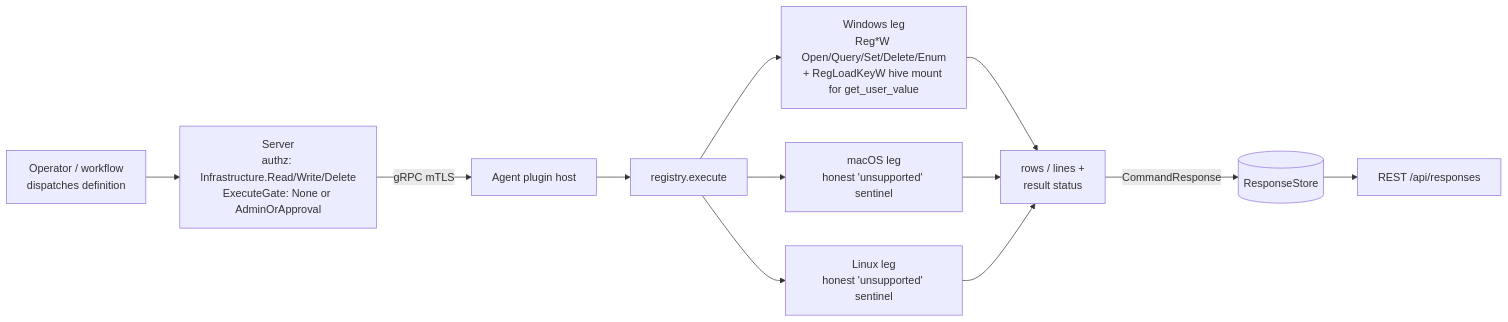
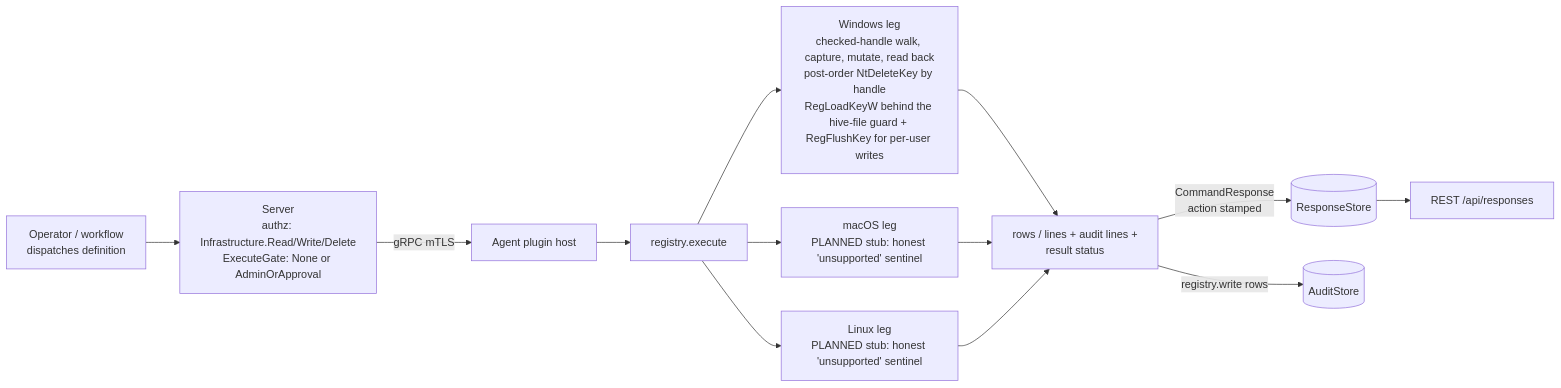
One commit to DevNullLtd/Yuzu changed the diagram in agents/plugins/registry/README.md. Above: the diagram before and after it, drawn with Mermaid. The commit also changed other lines of this file and 18 other files, not shown here.

First line of the commit message:
feat(registry): typed verified writes with a link-safe fast open

````diff
--- a/agents/plugins/registry/README.md
+++ b/agents/plugins/registry/README.md
@@ -23,12 +38,13 @@
 ```mermaid
 flowchart LR
   OP[Operator / workflow<br/>dispatches definition] --> SRV[Server<br/>authz: Infrastructure.Read/Write/Delete<br/>ExecuteGate: None or AdminOrApproval]
   SRV -- gRPC mTLS --> HOST[Agent plugin host]
   HOST --> EX[registry.execute]
-  EX --> WIN[Windows leg<br/>Reg*W Open/Query/Set/Delete/Enum<br/>+ RegLoadKeyW hive mount for get_user_value]
-  EX --> MAC[macOS leg<br/>honest 'unsupported' sentinel]
-  EX --> LIN[Linux leg<br/>honest 'unsupported' sentinel]
-  WIN & MAC & LIN --> ROWS[rows / lines +<br/>result status]
-  ROWS -- CommandResponse --> RS[(ResponseStore)]
+  EX --> WIN[Windows leg<br/>checked-handle walk, capture, mutate, read back<br/>post-order NtDeleteKey by handle<br/>RegLoadKeyW behind the hive-file guard + RegFlushKey for per-user writes]
+  EX --> MAC[macOS leg<br/>PLANNED stub: honest 'unsupported' sentinel]
+  EX --> LIN[Linux leg<br/>PLANNED stub: honest 'unsupported' sentinel]
+  WIN & MAC & LIN --> ROWS[rows / lines + audit lines +<br/>result status]
+  ROWS -- CommandResponse<br/>action stamped --> RS[(ResponseStore)]
+  ROWS -- registry.write rows --> AU[(AuditStore)]
   RS --> API[REST /api/responses]
 ```
````
